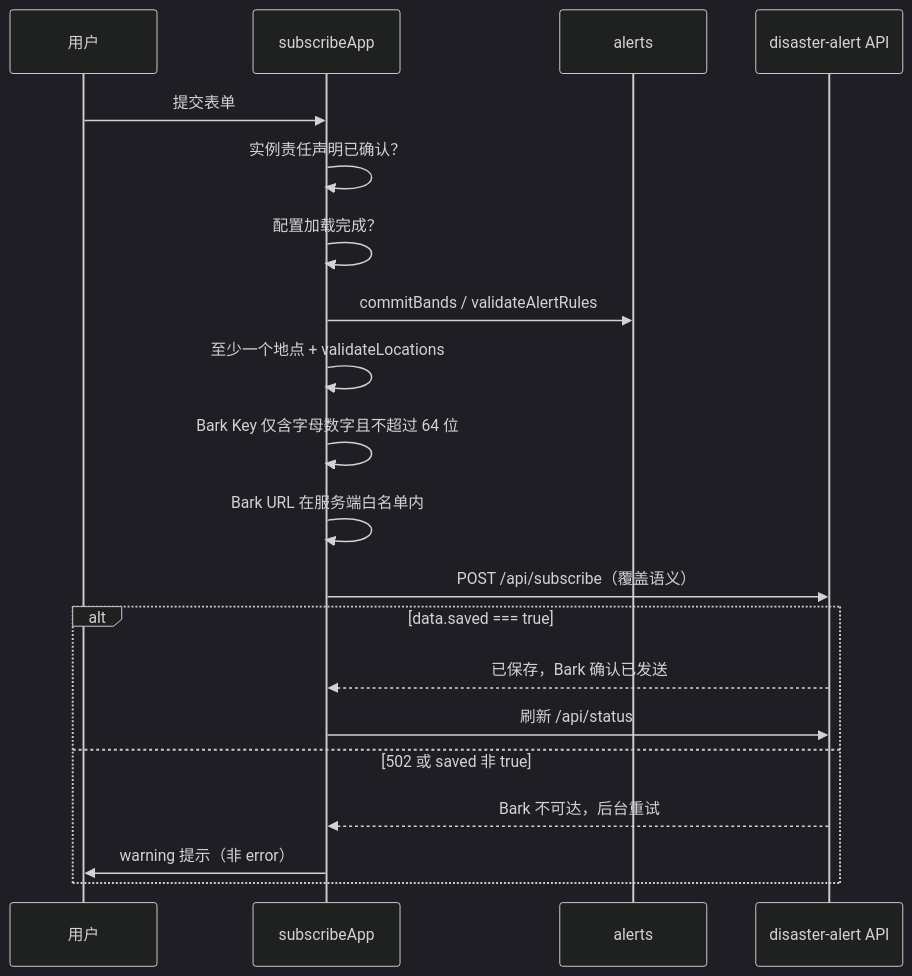
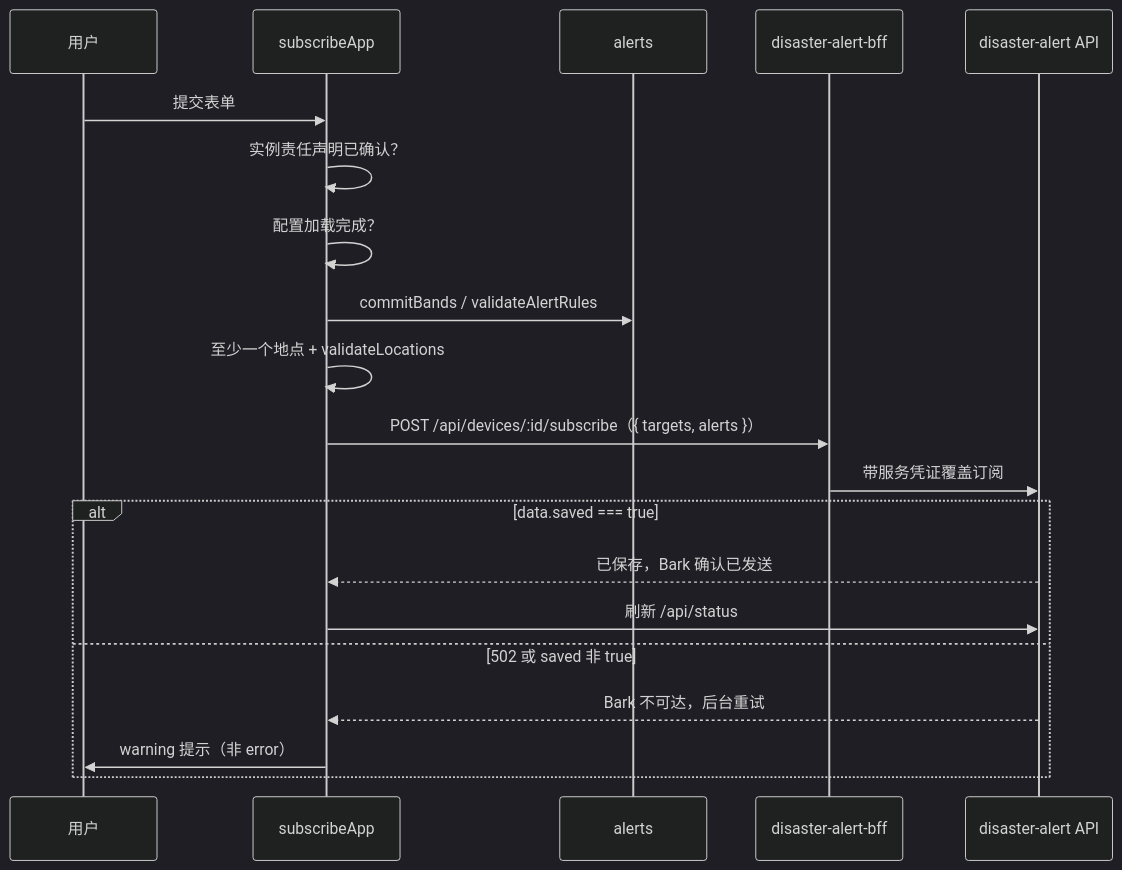
Before and after one commit to luyi2008/disaster-alert-web: the fifth of 8 diagrams in docs/architecture.md, drawn with Mermaid (dark theme). The commit also changed other lines of this file and 34 other files, not shown here.

First line of the commit message:
Route subscribe and test through BFF device IDs.

````diff
--- a/docs/architecture.md
+++ b/docs/architecture.md
@@ -256,23 +258,23 @@
 ```mermaid
 sequenceDiagram
     participant U as 用户
     participant A as subscribeApp
     participant AL as alerts
+    participant BFF as disaster-alert-bff
     participant API as disaster-alert API
 
     U->>A: 提交表单
     A->>A: 实例责任声明已确认？
     A->>A: 配置加载完成？
     A->>AL: commitBands / validateAlertRules
     A->>A: 至少一个地点 + validateLocations
-    A->>A: Bark Key 仅含字母数字且不超过 64 位
-    A->>A: Bark URL 在服务端白名单内
-    A->>API: POST /api/subscribe（覆盖语义）
+    A->>BFF: POST /api/devices/:id/subscribe（{ targets, alerts }）
+    BFF->>API: 带服务凭证覆盖订阅
     alt data.saved === true
         API-->>A: 已保存，Bark 确认已发送
         A->>API: 刷新 /api/status
     else 502 或 saved 非 true
         API-->>A: Bark 不可达，后台重试
         A->>U: warning 提示（非 error）
     end
 ```
````
